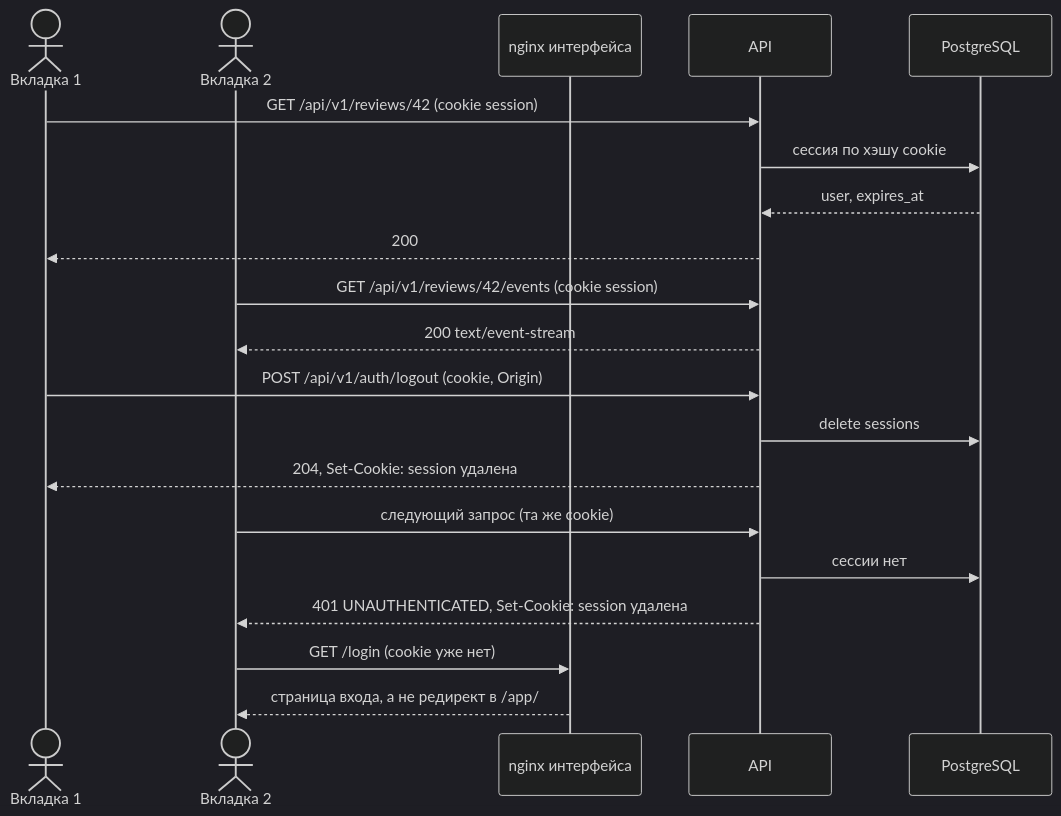
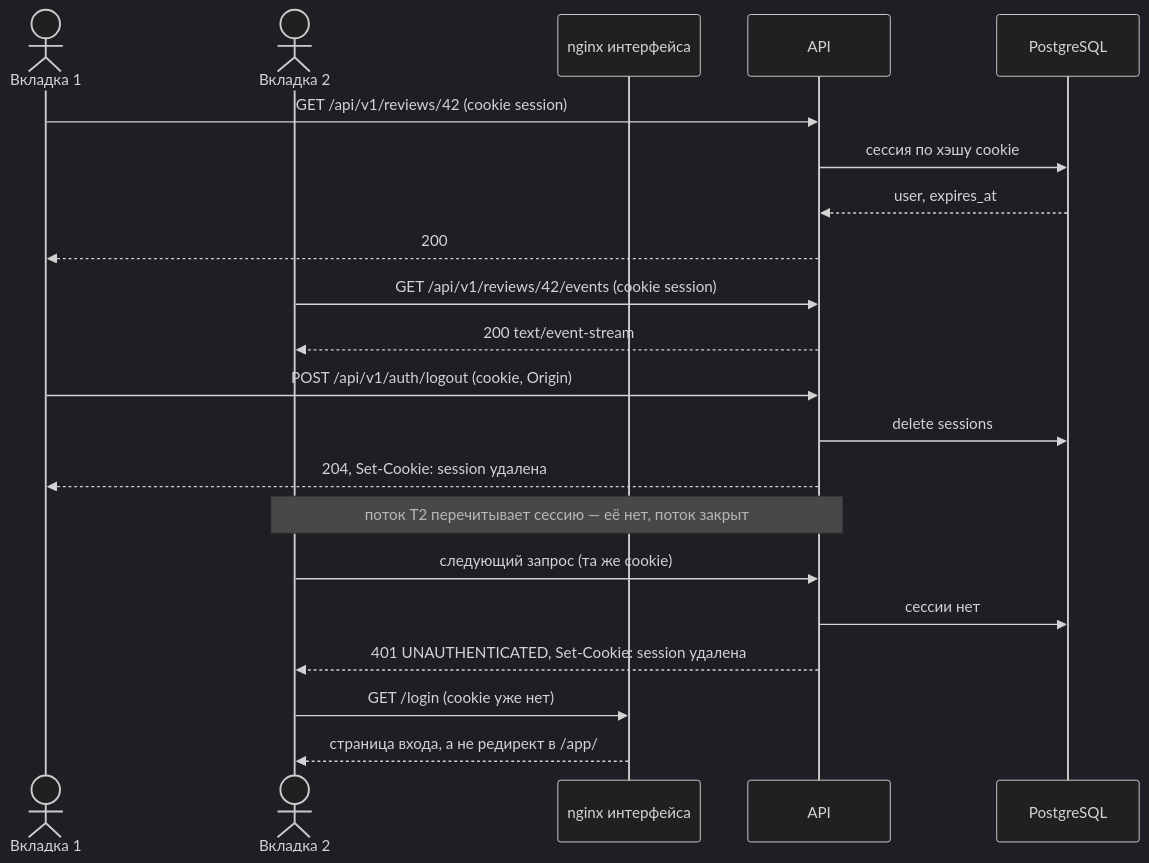
Before and after one commit to larchanka-training/dmc-268-api-t1: the second of 2 diagrams in openspec/changes/auth-session/design.md, drawn with Mermaid (dark theme). The commit also changed other lines of this file and 3 other files, not shown here.

````diff
--- a/openspec/changes/auth-session/design.md
+++ b/openspec/changes/auth-session/design.md
@@ -128,24 +132,25 @@
 ```mermaid
 sequenceDiagram
     actor T1 as Вкладка 1
     actor T2 as Вкладка 2
     participant N as nginx интерфейса
     participant A as API
     participant DB as PostgreSQL
 
     T1->>A: GET /api/v1/reviews/42 (cookie session)
     A->>DB: сессия по хэшу cookie
     DB-->>A: user, expires_at
     A-->>T1: 200
     T2->>A: GET /api/v1/reviews/42/events (cookie session)
     A-->>T2: 200 text/event-stream
 
     T1->>A: POST /api/v1/auth/logout (cookie, Origin)
     A->>DB: delete sessions
     A-->>T1: 204, Set-Cookie: session удалена
+    Note over A,T2: поток T2 перечитывает сессию — её нет, поток закрыт
     T2->>A: следующий запрос (та же cookie)
     A->>DB: сессии нет
     A-->>T2: 401 UNAUTHENTICATED, Set-Cookie: session удалена
     T2->>N: GET /login (cookie уже нет)
     N-->>T2: страница входа, а не редирект в /app/
 ```
````
